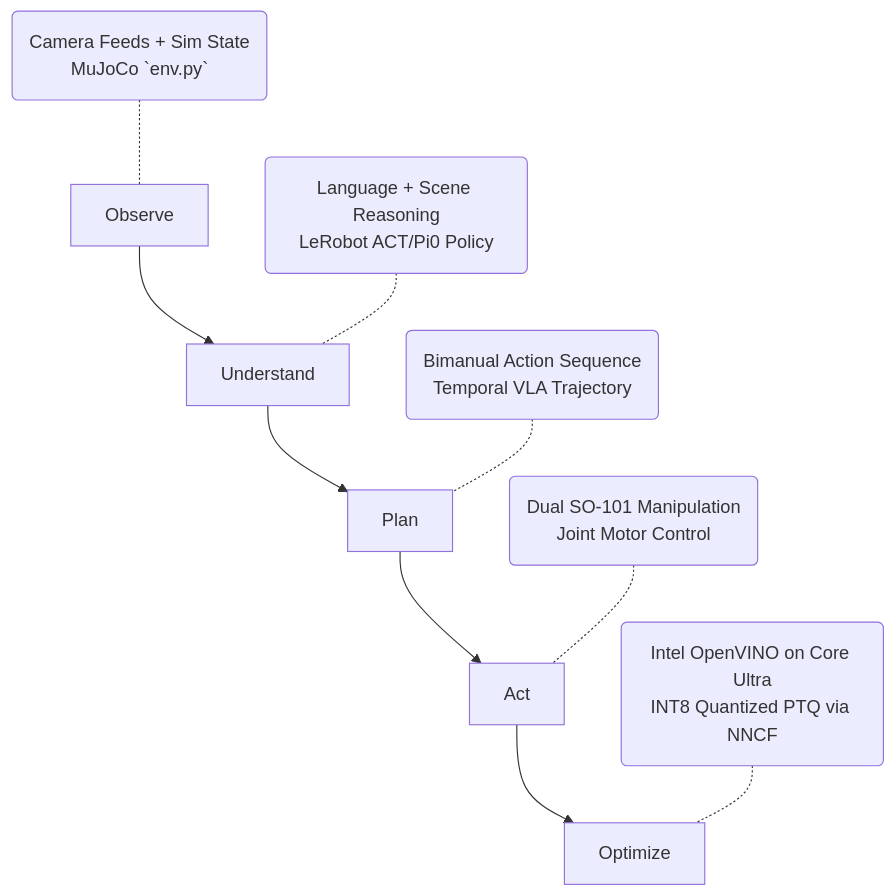
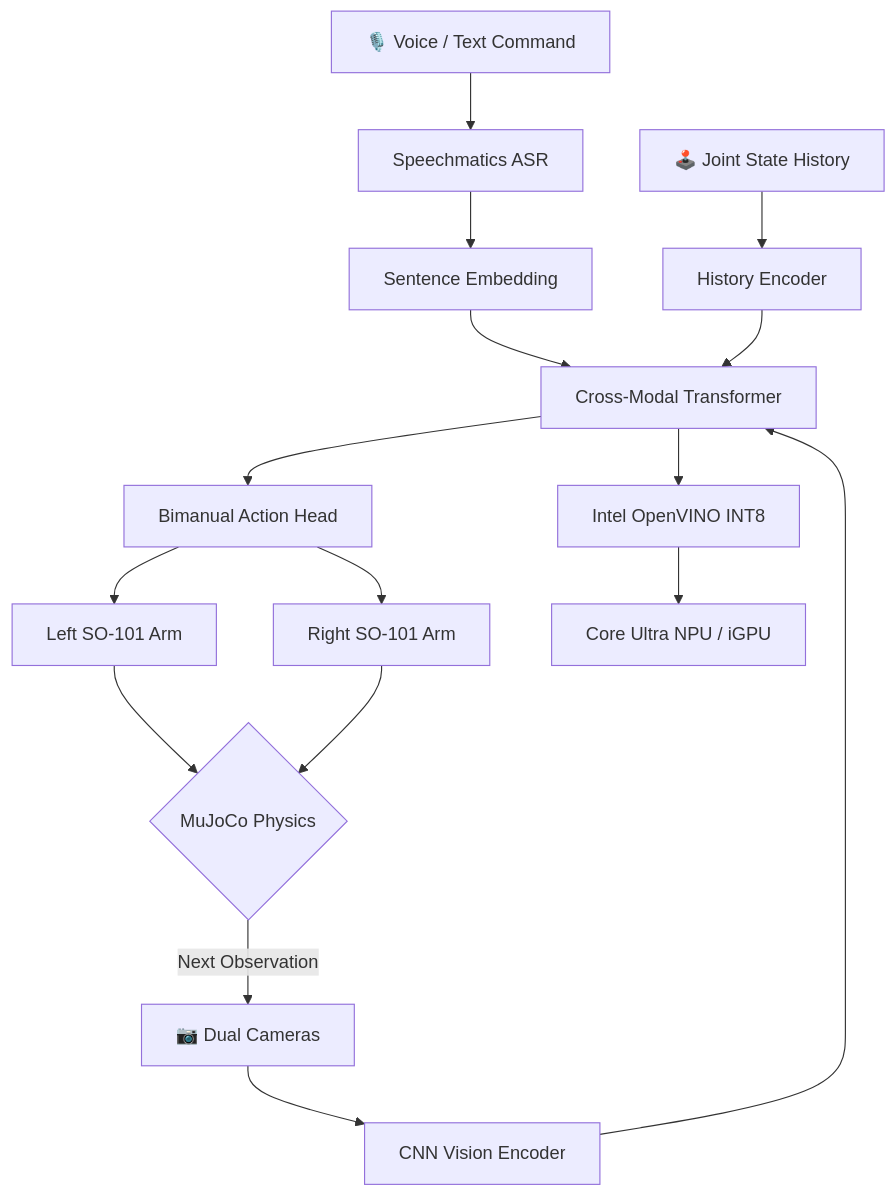
The diagram in README.md (shambhushekharsinha-engg/sentineledge-core), drawn with Mermaid before and after one commit. The commit also changed other lines of this file and 9 other files, not shown here.

````diff
--- a/README.md
+++ b/README.md
@@ -39,13 +64,22 @@
 ```mermaid
 graph TD
-    A[Observe] --> B[Understand]
-    B --> C[Plan]
-    C --> D[Act]
-    D --> E[Optimize]
+    A[🎙️ Voice / Text Command] --> B[Speechmatics ASR]
+    B --> C[Sentence Embedding]
+    D[📷 Dual Cameras] --> E[CNN Vision Encoder]
+    F[🕹️ Joint State History] --> G[History Encoder]
 
-    A_desc(Camera Feeds + Sim State<br/>MuJoCo `env.py`) -.- A
-    B_desc(Language + Scene Reasoning<br/>LeRobot ACT/Pi0 Policy) -.- B
-    C_desc(Bimanual Action Sequence<br/>Temporal VLA Trajectory) -.- C
-    D_desc(Dual SO-101 Manipulation<br/>Joint Motor Control) -.- D
-    E_desc(Intel OpenVINO on Core Ultra<br/>INT8 Quantized PTQ via NNCF) -.- E
+    C --> H[Cross-Modal Transformer]
+    E --> H
+    G --> H
+
+    H --> I[Bimanual Action Head]
+    I --> J[Left SO-101 Arm]
+    I --> K[Right SO-101 Arm]
+
+    J --> L{MuJoCo Physics}
+    K --> L
+    L -->|Next Observation| D
+
+    H --> M[Intel OpenVINO INT8]
+    M --> N[Core Ultra NPU / iGPU]
 ```
````
